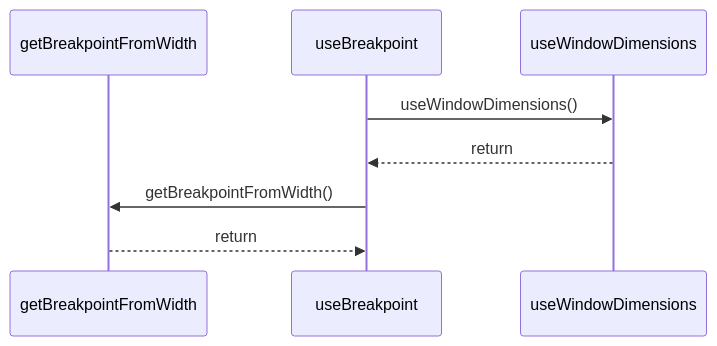
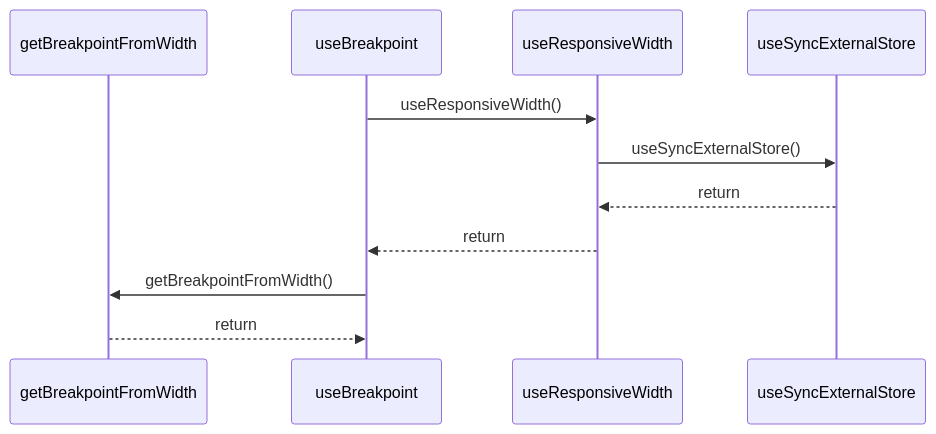
One commit to ankhorage/surface changed the diagram in paradox/diagrams/sequences/use-breakpoint.mmd. Above: the diagram before and after it, drawn with Mermaid. The commit also changed 13 other files, not shown here.

```diff
--- a/paradox/diagrams/sequences/use-breakpoint.mmd
+++ b/paradox/diagrams/sequences/use-breakpoint.mmd
@@ -1,8 +1,11 @@
 sequenceDiagram
   participant participant_getBreakpointFromWidth as getBreakpointFromWidth
   participant participant_useBreakpoint as useBreakpoint
-  participant participant_useWindowDimensions as useWindowDimensions
-  participant_useBreakpoint->>participant_useWindowDimensions: useWindowDimensions()
-  participant_useWindowDimensions-->>participant_useBreakpoint: return
+  participant participant_useResponsiveWidth as useResponsiveWidth
+  participant participant_useSyncExternalStore as useSyncExternalStore
+  participant_useBreakpoint->>participant_useResponsiveWidth: useResponsiveWidth()
+  participant_useResponsiveWidth->>participant_useSyncExternalStore: useSyncExternalStore()
+  participant_useSyncExternalStore-->>participant_useResponsiveWidth: return
+  participant_useResponsiveWidth-->>participant_useBreakpoint: return
   participant_useBreakpoint->>participant_getBreakpointFromWidth: getBreakpointFromWidth()
   participant_getBreakpointFromWidth-->>participant_useBreakpoint: return
```
